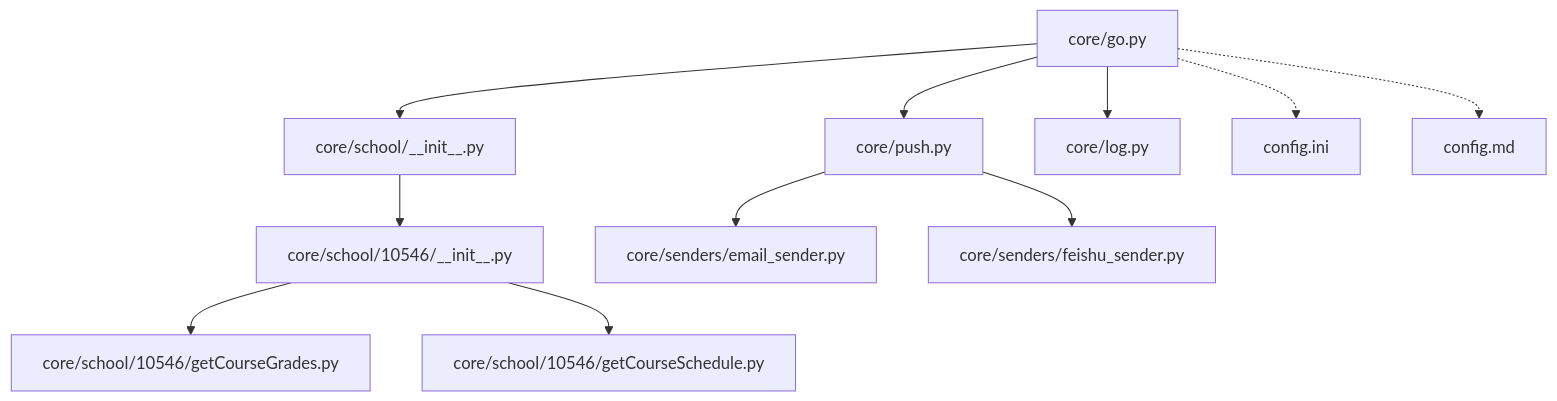
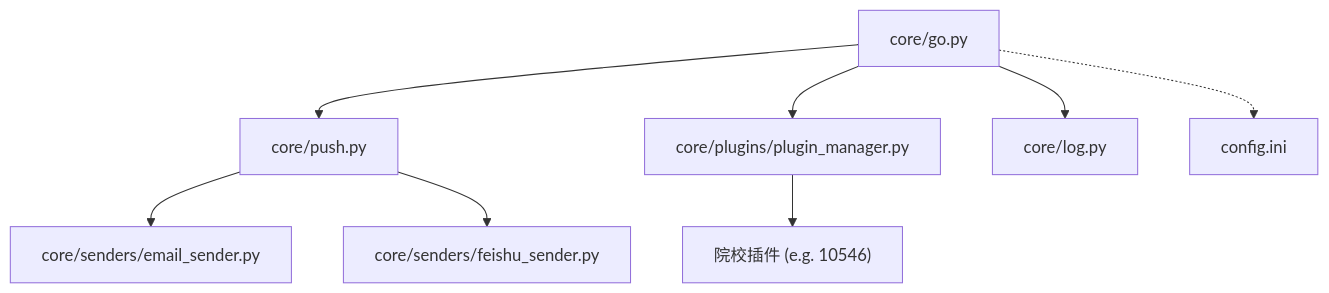
Before and after one commit to pjnt9372/Capture_Push: the first of 2 diagrams in .wiki/zh/content/API 参考文档/核心模块 API/核心模块 API.md, drawn with Mermaid. The commit also changed other lines of this file and 37 other files, not shown here.

````diff
--- a/.wiki/zh/content/API 参考文档/核心模块 API/核心模块 API.md
+++ b/.wiki/zh/content/API 参考文档/核心模块 API/核心模块 API.md
@@ -48,13 +45,10 @@
 ```mermaid
 graph TB
 A["core/go.py"] --> B["core/push.py"]
-A --> C["core/school/__init__.py"]
-C --> D["core/school/10546/__init__.py"]
-D --> E["core/school/10546/getCourseGrades.py"]
-D --> F["core/school/10546/getCourseSchedule.py"]
+A --> PM["core/plugins/plugin_manager.py"]
+PM --> P["院校插件 (e.g. 10546)"]
 A --> G["core/log.py"]
 B --> H["core/senders/email_sender.py"]
 B --> I["core/senders/feishu_sender.py"]
 A -.-> J["config.ini"]
-A -.-> K["config.md"]
 ```
````
